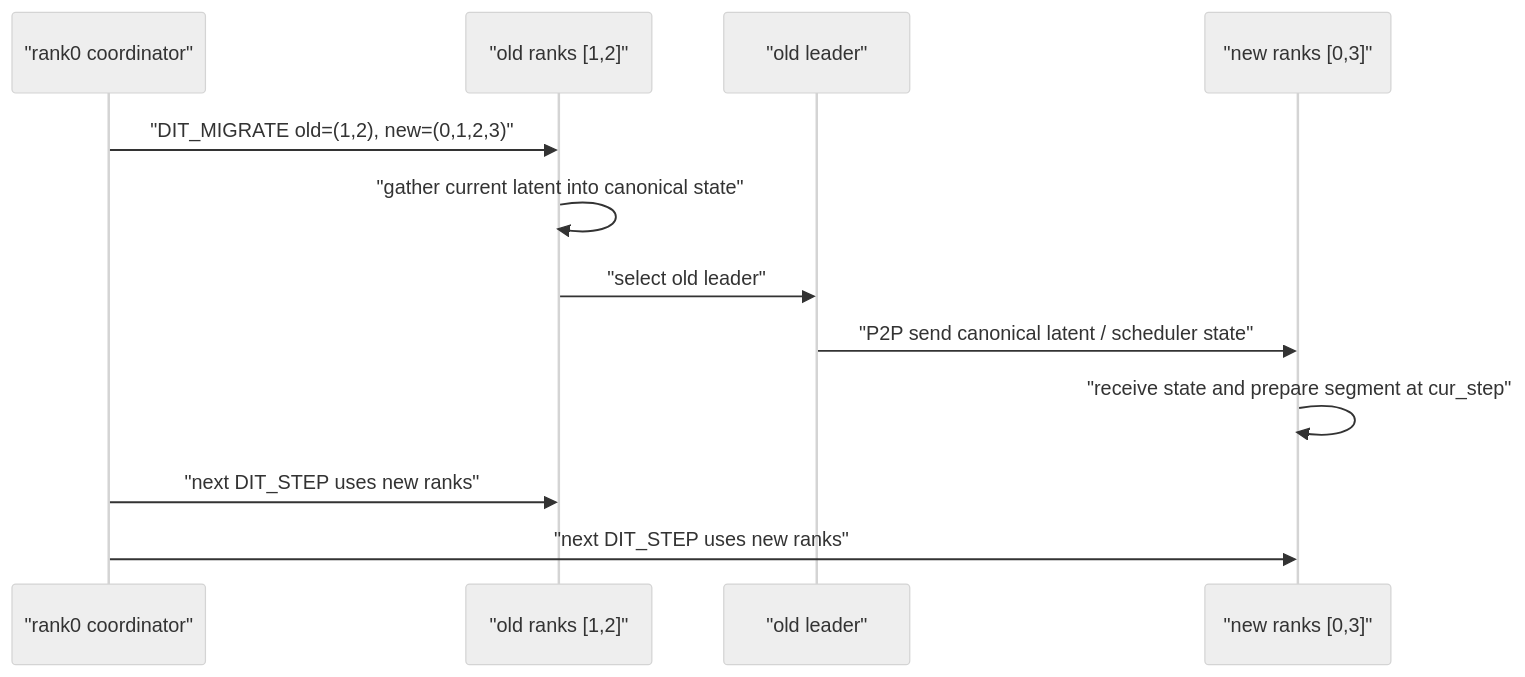
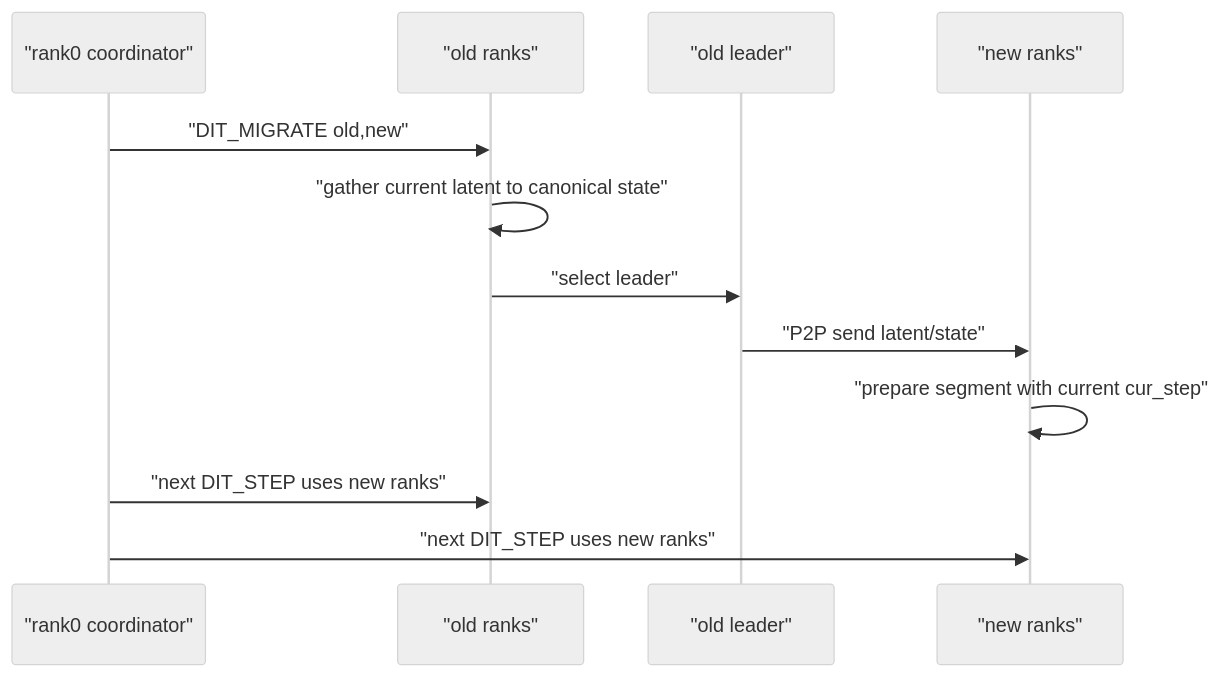
One commit to FredHuang99/sglang changed the fifth of 6 diagrams in docs/ddit/sglang_ddit_cookbook.md. Above: the diagram before and after it, drawn with Mermaid (neutral theme). The commit also changed other lines of this file and 21 other files, not shown here.

````diff
--- a/docs/ddit/sglang_ddit_cookbook.md
+++ b/docs/ddit/sglang_ddit_cookbook.md
@@ -92,14 +139,14 @@
 ```mermaid
 sequenceDiagram
   participant C as "rank0 coordinator"
-  participant O as "old ranks [1,2]"
+  participant O as "old ranks"
   participant L as "old leader"
-  participant N as "new ranks [0,3]"
-  C->>O: "DIT_MIGRATE old=(1,2), new=(0,1,2,3)"
-  O->>O: "gather current latent into canonical state"
-  O->>L: "select old leader"
-  L->>N: "P2P send canonical latent / scheduler state"
-  N->>N: "receive state and prepare segment at cur_step"
+  participant N as "new ranks"
+  C->>O: "DIT_MIGRATE old,new"
+  O->>O: "gather current latent to canonical state"
+  O->>L: "select leader"
+  L->>N: "P2P send latent/state"
+  N->>N: "prepare segment with current cur_step"
   C->>O: "next DIT_STEP uses new ranks"
   C->>N: "next DIT_STEP uses new ranks"
 ```
````
